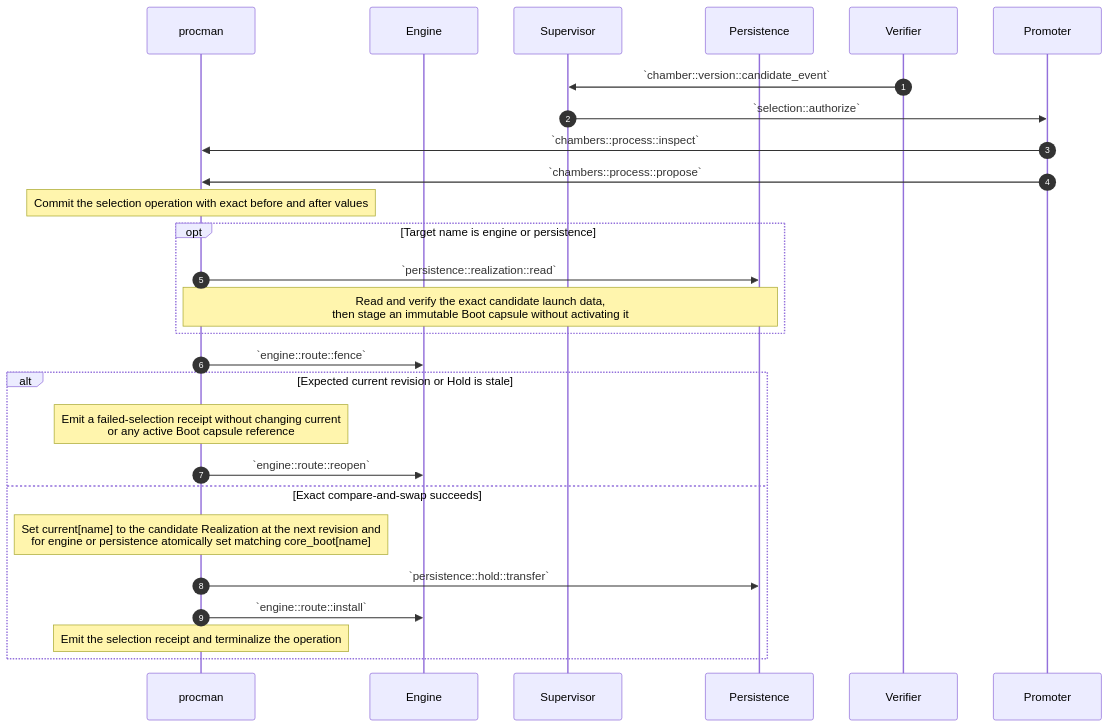
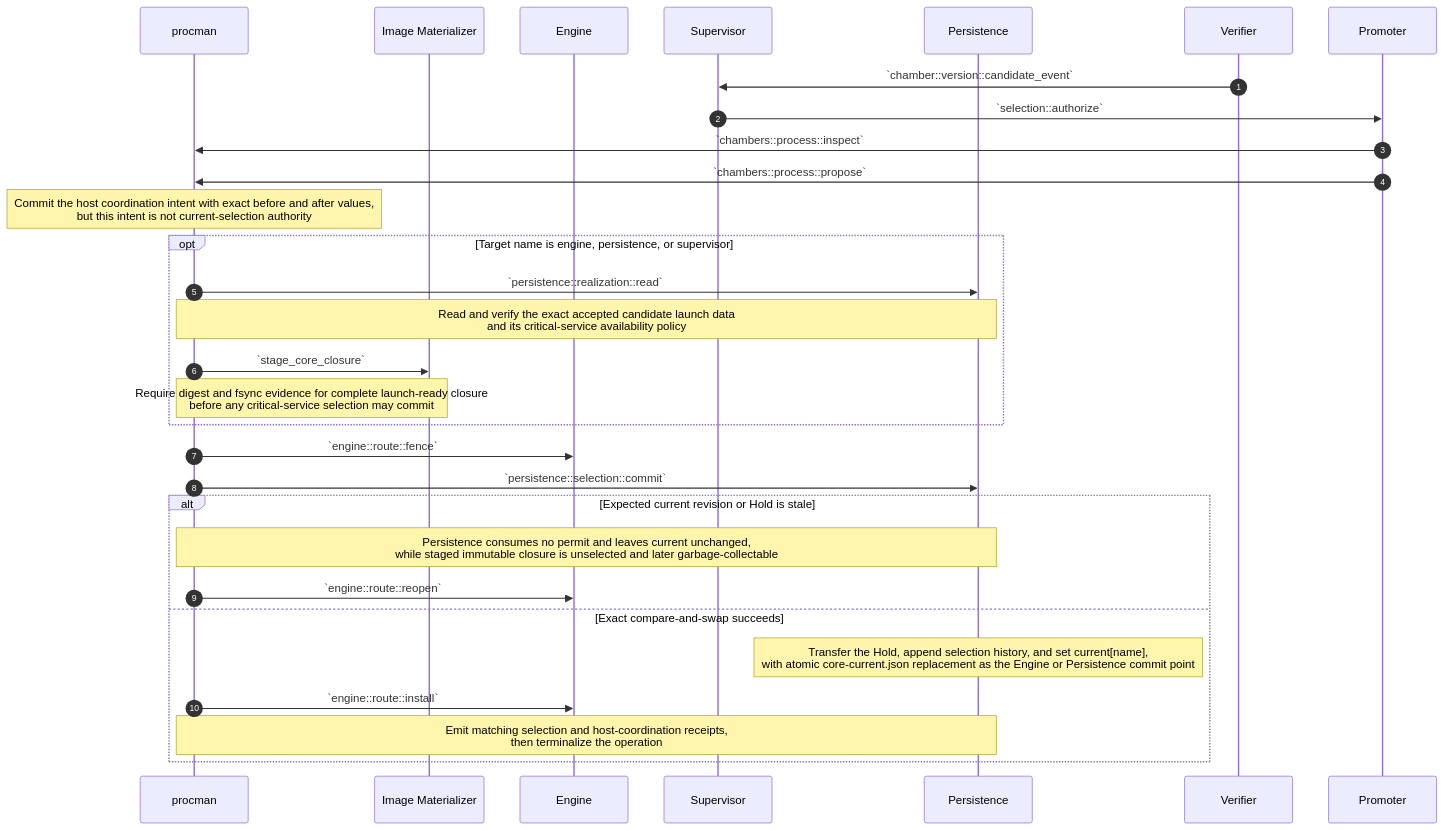
Before and after one commit to dreamcatcher-tech/chambers-lifecycle-explorer: diagram 12 of 14 in source/chambers-lifecycle-sequences.md, drawn with Mermaid. The commit also changed other lines of this file and 7 other files, not shown here.

Commit message:
feat: project bootstrap-safe core selection

````diff
--- a/source/chambers-lifecycle-sequences.md
+++ b/source/chambers-lifecycle-sequences.md
@@ -1192,33 +1498,36 @@
 ```mermaid
 sequenceDiagram
     autonumber
     participant procman
+    participant Materializer as Image Materializer
     participant Engine
     participant Supervisor
     participant Persistence
     participant Verifier
     participant Promoter
 
     Verifier->>Supervisor: `chamber::version::candidate_event`
     Supervisor->>Promoter: `selection::authorize`
     Promoter->>procman: `chambers::process::inspect`
     Promoter->>procman: `chambers::process::propose`
 
-    Note over procman: Commit the selection operation with exact before and after values
-    opt Target name is engine or persistence
+    Note over procman: Commit the host coordination intent with exact before and after values,<br/>but this intent is not current-selection authority
+    opt Target name is engine, persistence, or supervisor
         procman->>Persistence: `persistence::realization::read`
-        Note over procman,Persistence: Read and verify the exact candidate launch data,<br/>then stage an immutable Boot capsule without activating it
+        Note over procman,Persistence: Read and verify the exact accepted candidate launch data<br/>and its critical-service availability policy
+        procman->>Materializer: `stage_core_closure`
+        Note over procman,Materializer: Require digest and fsync evidence for complete launch-ready closure<br/>before any critical-service selection may commit
     end
     procman->>Engine: `engine::route::fence`
+    procman->>Persistence: `persistence::selection::commit`
 
     alt Expected current revision or Hold is stale
-        Note over procman: Emit a failed-selection receipt without changing current<br/>or any active Boot capsule reference
+        Note over procman,Persistence: Persistence consumes no permit and leaves current unchanged,<br/>while staged immutable closure is unselected and later garbage-collectable
         procman->>Engine: `engine::route::reopen`
     else Exact compare-and-swap succeeds
-        Note over procman: Set current[name] to the candidate Realization at the next revision and<br/>for engine or persistence atomically set matching core_boot[name]
-        procman->>Persistence: `persistence::hold::transfer`
+        Note over Persistence: Transfer the Hold, append selection history, and set current[name],<br/>with atomic core-current.json replacement as the Engine or Persistence commit point
         procman->>Engine: `engine::route::install`
-        Note over procman: Emit the selection receipt and terminalize the operation
+        Note over procman,Persistence: Emit matching selection and host-coordination receipts,<br/>then terminalize the operation
     end
 
 ```
````
